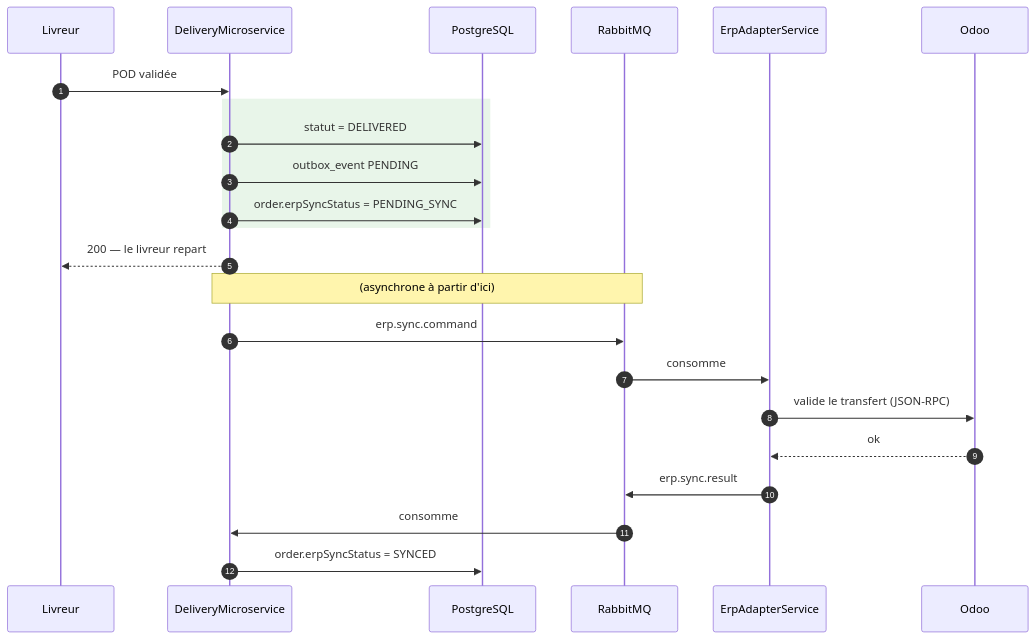
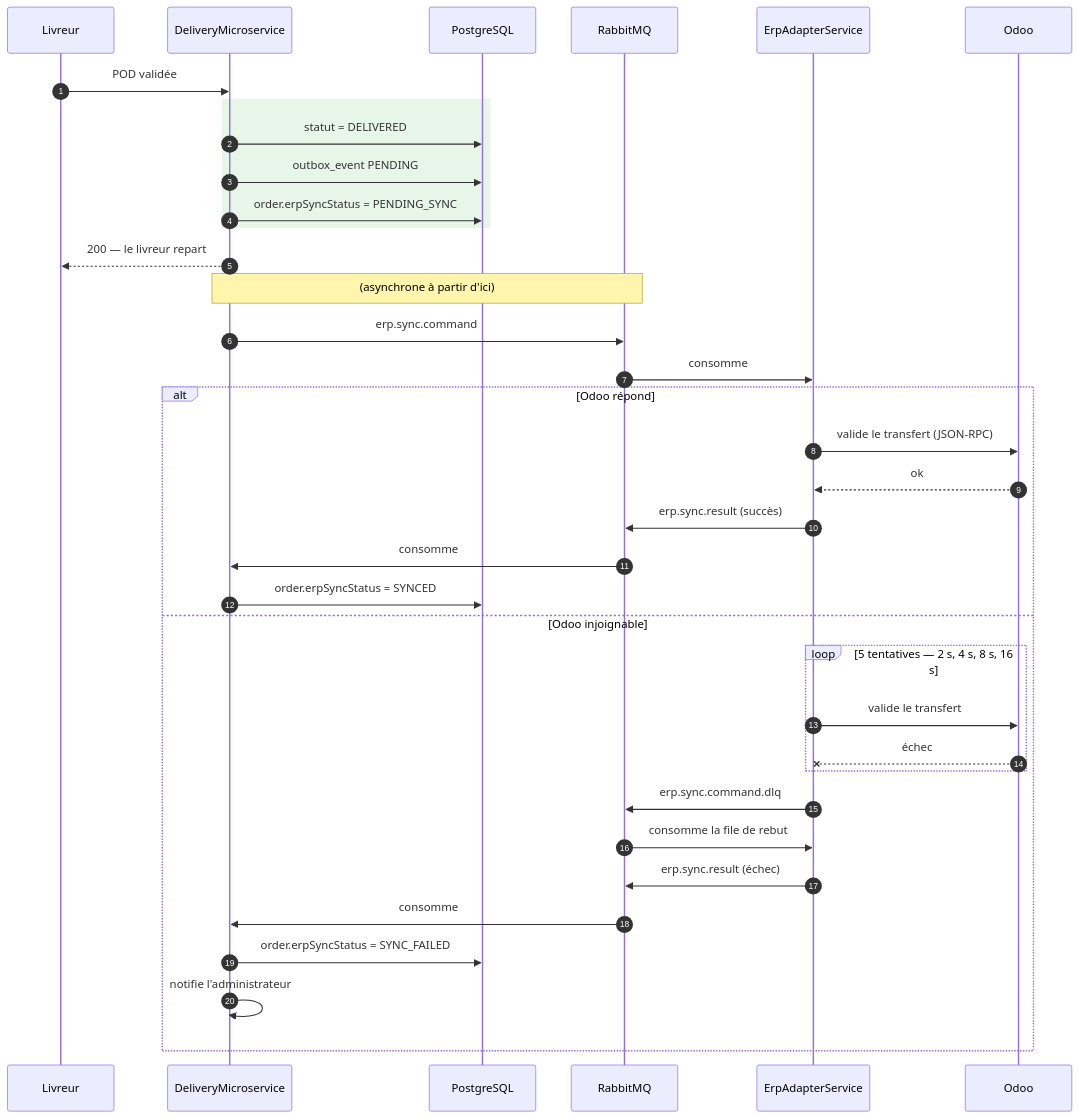
The fifth of 5 diagrams in docs/architecture/messagerie.md (Moaziz667/asm-track), drawn with Mermaid before and after one commit. The commit also changed other lines of this file and 2 other files, not shown here.

````diff
--- a/docs/architecture/messagerie.md
+++ b/docs/architecture/messagerie.md
@@ -169,26 +202,39 @@
 ```mermaid
 sequenceDiagram
     autonumber
     participant L as Livreur
     participant D as DeliveryMicroservice
     participant DB as PostgreSQL
     participant MQ as RabbitMQ
     participant E as ErpAdapterService
     participant O as Odoo
 
     L->>D: POD validée
     rect rgb(232, 245, 233)
         D->>DB: statut = DELIVERED
         D->>DB: outbox_event PENDING
         D->>DB: order.erpSyncStatus = PENDING_SYNC
     end
     D-->>L: 200 — le livreur repart
     Note over D,MQ: (asynchrone à partir d'ici)
     D->>MQ: erp.sync.command
     MQ->>E: consomme
-    E->>O: valide le transfert (JSON-RPC)
-    O-->>E: ok
-    E->>MQ: erp.sync.result
-    MQ->>D: consomme
-    D->>DB: order.erpSyncStatus = SYNCED
+    alt Odoo répond
+        E->>O: valide le transfert (JSON-RPC)
+        O-->>E: ok
+        E->>MQ: erp.sync.result (succès)
+        MQ->>D: consomme
+        D->>DB: order.erpSyncStatus = SYNCED
+    else Odoo injoignable
+        loop 5 tentatives — 2 s, 4 s, 8 s, 16 s
+            E->>O: valide le transfert
+            O--xE: échec
+        end
+        E->>MQ: erp.sync.command.dlq
+        MQ->>E: consomme la file de rebut
+        E->>MQ: erp.sync.result (échec)
+        MQ->>D: consomme
+        D->>DB: order.erpSyncStatus = SYNC_FAILED
+        D->>D: notifie l'administrateur
+    end
 ```
````
